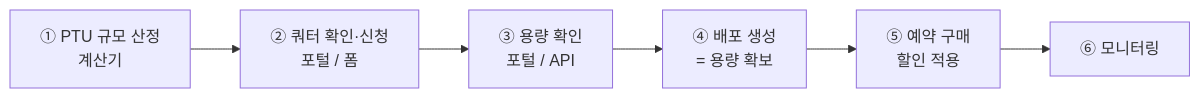
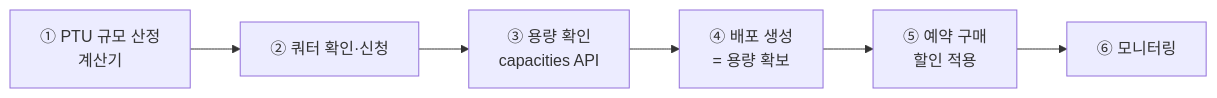
One commit to yunkyoungaum/aoai-onboarding-guide changed the third of 3 diagrams in guides/02-aoai-foundations/source.md. Above: the diagram before and after it, drawn with Mermaid. The commit also changed other lines of this file and 1 other file, not shown here.

````diff
--- a/guides/02-aoai-foundations/source.md
+++ b/guides/02-aoai-foundations/source.md
@@ -296,8 +313,8 @@
 ```mermaid
 flowchart LR
-    A["① PTU 규모 산정<br/>계산기"] --> B["② 쿼터 확인·신청<br/>포털 / 폼"]
-    B --> C["③ 용량 확인<br/>포털 / API"]
+    A["① PTU 규모 산정<br/>계산기"] --> B["② 쿼터 확인·신청"]
+    B --> C["③ 용량 확인<br/>capacities API"]
     C --> D["④ 배포 생성<br/>= 용량 확보"]
     D --> E["⑤ 예약 구매<br/>할인 적용"]
     E --> F["⑥ 모니터링"]
 ```
````
